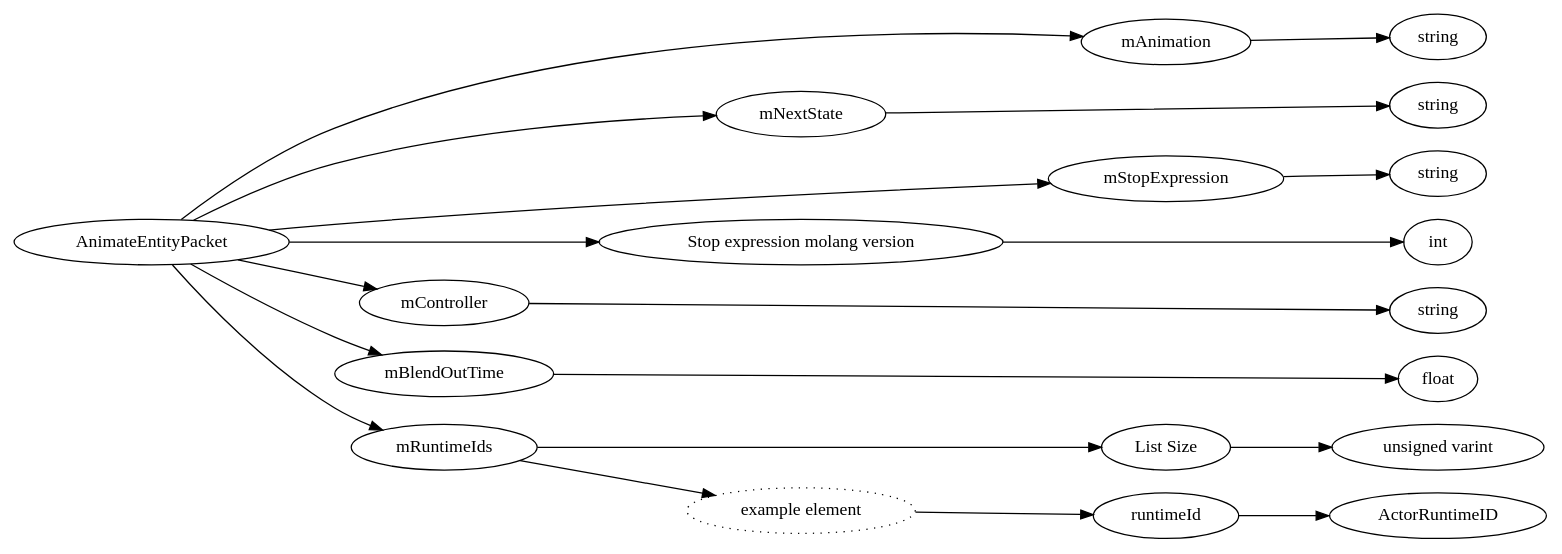
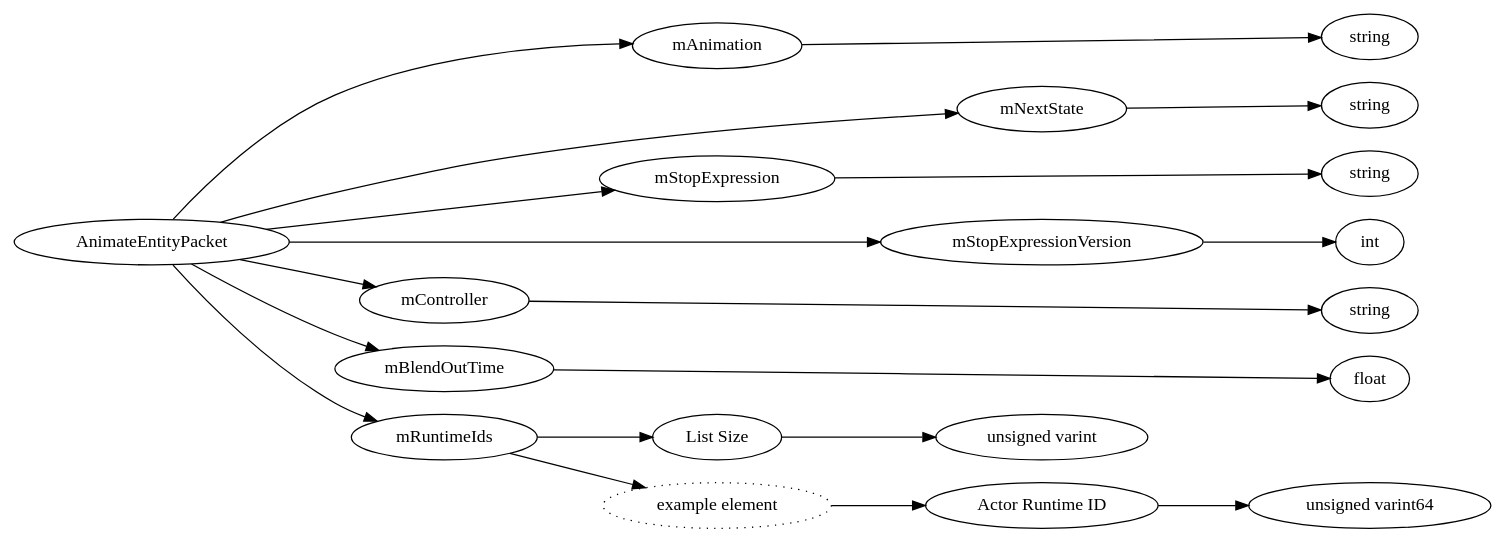
One commit to Mojang/bedrock-protocol-docs changed the diagram in dot/AnimateEntityPacket.dot. Above: the diagram before and after it, drawn with Graphviz. The commit also changed 785 other files, not shown here.

```diff
--- a/dot/AnimateEntityPacket.dot
+++ b/dot/AnimateEntityPacket.dot
@@ -1,44 +1,44 @@
 digraph "AnimateEntityPacket" {
 rankdir = LR
 0
 0 -> 1
 1 -> 2
 0 -> 3
 3 -> 4
 0 -> 5
 5 -> 6
 0 -> 7
 7 -> 8
 0 -> 9
 9 -> 10
 0 -> 11
 11 -> 12
 0 -> 13
 13 -> 14
 14 -> 15
 13 -> 16
 16 -> 17
 17 -> 18
 
-0 [label="AnimateEntityPacket",comment="name: \"AnimateEntityPacket\", typeName: \"\", id: 0, branchId: 158, recurseId: -1, attributes: 0, notes: \"\""];
-1 [label="mAnimation",comment="name: \"mAnimation\", typeName: \"\", id: 1, branchId: 0, recurseId: -1, attributes: 0, notes: \"The name of the animation that the specified entities are to play.\""];
+0 [label="AnimateEntityPacket",comment="name: \"AnimateEntityPacket\", typeName: \"\", id: 0, branchId: 0, recurseId: -1, attributes: 0, notes: \"The AnimateEntityPacket is used to trigger a one - off animation on the client it is sent to.\""];
+1 [label="mAnimation",comment="name: \"mAnimation\", typeName: \"\", id: 1, branchId: 0, recurseId: -1, attributes: 0, notes: \"\""];
 2 [label="string",comment="name: \"string\", typeName: \"\", id: 2, branchId: 0, recurseId: -1, attributes: 512, notes: \"\""];
-3 [label="mNextState",comment="name: \"mNextState\", typeName: \"\", id: 3, branchId: 0, recurseId: -1, attributes: 0, notes: \"The next state to transition to once the specified animation is finished playing.\""];
+3 [label="mNextState",comment="name: \"mNextState\", typeName: \"\", id: 3, branchId: 0, recurseId: -1, attributes: 0, notes: \"\""];
 4 [label="string",comment="name: \"string\", typeName: \"\", id: 4, branchId: 0, recurseId: -1, attributes: 512, notes: \"\""];
-5 [label="mStopExpression",comment="name: \"mStopExpression\", typeName: \"\", id: 5, branchId: 0, recurseId: -1, attributes: 0, notes: \"The stop expression, the the condition that determines when to transition to the next state.\""];
+5 [label="mStopExpression",comment="name: \"mStopExpression\", typeName: \"\", id: 5, branchId: 0, recurseId: -1, attributes: 0, notes: \"\""];
 6 [label="string",comment="name: \"string\", typeName: \"\", id: 6, branchId: 0, recurseId: -1, attributes: 512, notes: \"\""];
-7 [label="Stop expression molang version",comment="name: \"Stop expression molang version\", typeName: \"\", id: 7, branchId: 0, recurseId: -1, attributes: 0, notes: \"\""];
+7 [label="mStopExpressionVersion",comment="name: \"mStopExpressionVersion\", typeName: \"\", id: 7, branchId: 0, recurseId: -1, attributes: 0, notes: \"\""];
 8 [label="int",comment="name: \"int\", typeName: \"\", id: 8, branchId: 0, recurseId: -1, attributes: 512, notes: \"\""];
-9 [label="mController",comment="name: \"mController\", typeName: \"\", id: 9, branchId: 0, recurseId: -1, attributes: 0, notes: \"The name of an animation controller\""];
+9 [label="mController",comment="name: \"mController\", typeName: \"\", id: 9, branchId: 0, recurseId: -1, attributes: 0, notes: \"\""];
 10 [label="string",comment="name: \"string\", typeName: \"\", id: 10, branchId: 0, recurseId: -1, attributes: 512, notes: \"\""];
-11 [label="mBlendOutTime",comment="name: \"mBlendOutTime\", typeName: \"\", id: 11, branchId: 0, recurseId: -1, attributes: 0, notes: \"The amount of time to blend out of this animation\""];
+11 [label="mBlendOutTime",comment="name: \"mBlendOutTime\", typeName: \"\", id: 11, branchId: 0, recurseId: -1, attributes: 0, notes: \"\""];
 12 [label="float",comment="name: \"float\", typeName: \"\", id: 12, branchId: 0, recurseId: -1, attributes: 512, notes: \"\""];
-13 [label="mRuntimeIds",comment="name: \"mRuntimeIds\", typeName: \"\", id: 13, branchId: 0, recurseId: -1, attributes: 8, notes: \"ActorRuntimeIDs of the entities that will play the specified animation\""];
+13 [label="mRuntimeIds",comment="name: \"mRuntimeIds\", typeName: \"\", id: 13, branchId: 0, recurseId: -1, attributes: 0, notes: \"\""];
 14 [label="List Size",comment="name: \"List Size\", typeName: \"\", id: 14, branchId: 0, recurseId: -1, attributes: 0, notes: \"\""];
-15 [label="unsigned varint",comment="name: \"unsigned varint\", typeName: \"\", id: 15, branchId: 0, recurseId: -1, attributes: 512, notes: \"\""];
+15 [label="unsigned varint",comment="name: \"unsigned varint\", typeName: \"\", id: 15, branchId: 0, recurseId: -1, attributes: 0, notes: \"\""];
 16 [label="example element",style=dotted,comment="name: \"example element\", typeName: \"\", id: 16, branchId: 0, recurseId: -1, attributes: 16, notes: \"\""];
-17 [label="runtimeId",comment="name: \"runtimeId\", typeName: \"ActorRuntimeID\", id: 17, branchId: 0, recurseId: -1, attributes: 256, notes: \"\""];
-18 [label="ActorRuntimeID",comment="name: \"ActorRuntimeID\", typeName: \"\", id: 18, branchId: 0, recurseId: -1, attributes: 512, notes: \"\""];
-{ rank = max;2;4;6;8;10;12;15;18}
+17 [label="Actor Runtime ID",comment="name: \"Actor Runtime ID\", typeName: \"\", id: 17, branchId: 0, recurseId: -1, attributes: 0, notes: \"\""];
+18 [label="unsigned varint64",comment="name: \"unsigned varint64\", typeName: \"\", id: 18, branchId: 0, recurseId: -1, attributes: 512, notes: \"\""];
+{ rank = max;2;4;6;8;10;12;18}
 
 }
```
